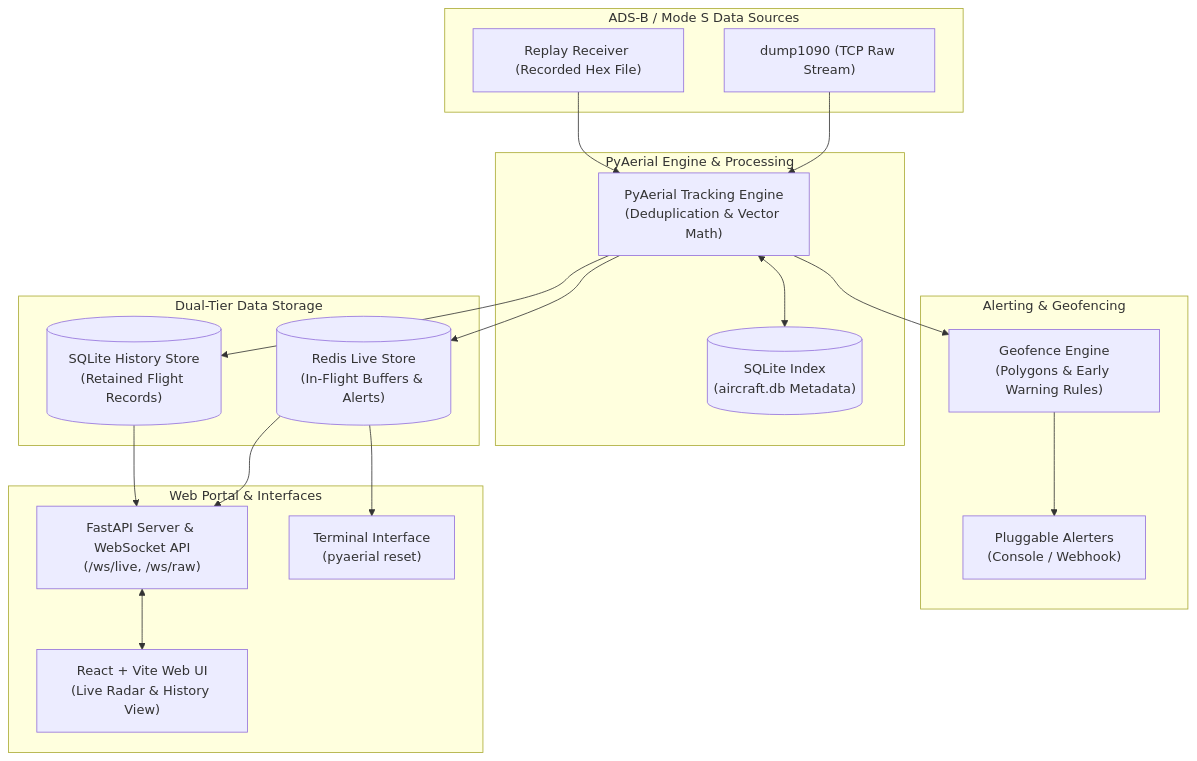
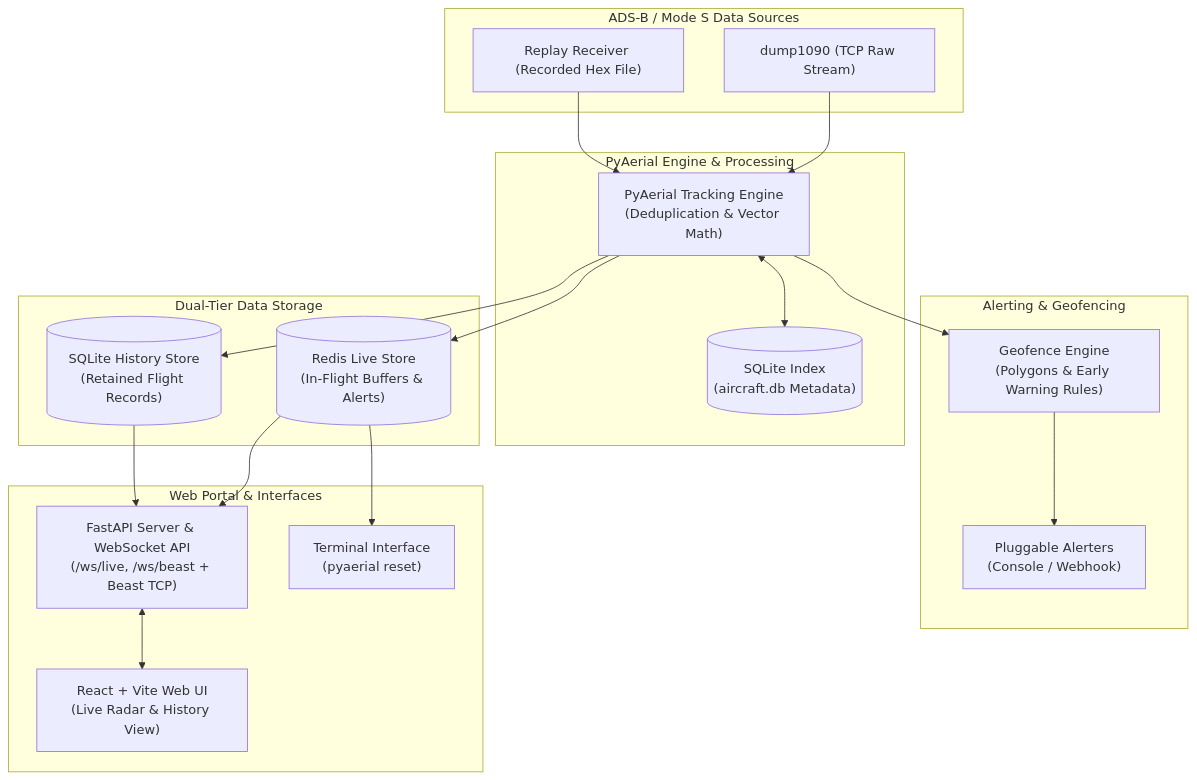
Before and after one commit to quantumbagel/PyAerial: the diagram in README.md, drawn with Mermaid. The commit also changed other lines of this file and 28 other files, not shown here.

````diff
--- a/README.md
+++ b/README.md
@@ -11,44 +11,44 @@
 ```mermaid
 graph TD
     subgraph Inputs ["ADS-B / Mode S Data Sources"]
         DUMP1090["dump1090 (TCP Raw Stream)"]
         REPLAY["Replay Receiver (Recorded Hex File)"]
     end
 
     subgraph Core ["PyAerial Engine & Processing"]
         ENGINE["PyAerial Tracking Engine<br/>(Deduplication & Vector Math)"]
         AIRCRAFT_DB[("SQLite Index<br/>(aircraft.db Metadata)")]
     end
 
     subgraph Alerts ["Alerting & Geofencing"]
         GEOFENCE["Geofence Engine<br/>(Polygons & Early Warning Rules)"]
         ALERTERS["Pluggable Alerters<br/>(Console / Webhook)"]
     end
 
     subgraph Storage ["Dual-Tier Data Storage"]
         REDIS[("Redis Live Store<br/>(In-Flight Buffers & Alerts)")]
         SQLITE[("SQLite History Store<br/>(Retained Flight Records)")]
     end
 
     subgraph Frontend ["Web Portal & Interfaces"]
-        WEBAPP["FastAPI Server & WebSocket API<br/>(/ws/live, /ws/raw)"]
+        WEBAPP["FastAPI Server & WebSocket API<br/>(/ws/live, /ws/beast + Beast TCP)"]
         WEBUI["React + Vite Web UI<br/>(Live Radar & History View)"]
         CLI["Terminal Interface<br/>(pyaerial reset)"]
     end
 
     DUMP1090 --> ENGINE
     REPLAY --> ENGINE
 
     ENGINE <--> AIRCRAFT_DB
     ENGINE --> GEOFENCE
     GEOFENCE --> ALERTERS
 
     ENGINE --> REDIS
     ENGINE --> SQLITE
 
     REDIS --> WEBAPP
     SQLITE --> WEBAPP
     REDIS --> CLI
 
     WEBAPP <--> WEBUI
 ```
````
